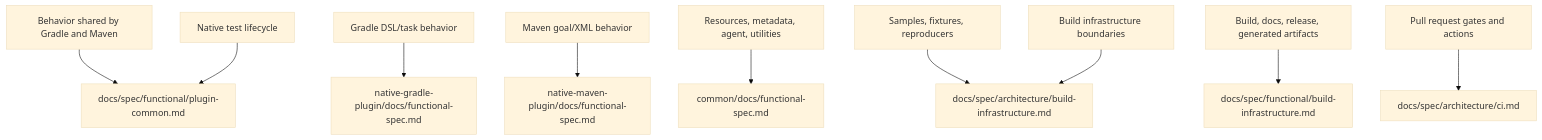
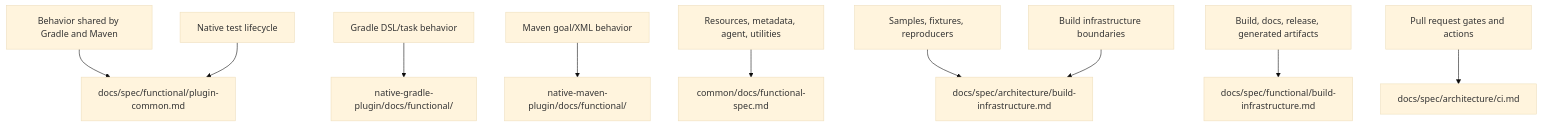
One commit to graalvm/native-build-tools changed the diagram in docs/spec/architecture/repository.md. Above: the diagram before and after it, drawn with Mermaid (base theme). The commit also changed other lines of this file and 69 other files, not shown here.

Commit message:
Split plugin functional specs by behavior

````diff
--- a/docs/spec/architecture/repository.md
+++ b/docs/spec/architecture/repository.md
@@ -38,12 +38,12 @@
 ```mermaid
 flowchart TD
     SharedBehavior["Behavior shared by Gradle and Maven"] --> PluginCommon["docs/spec/functional/plugin-common.md"]
-    GradleBehavior["Gradle DSL/task behavior"] --> GradleSpec["native-gradle-plugin/docs/functional-spec.md"]
-    MavenBehavior["Maven goal/XML behavior"] --> MavenSpec["native-maven-plugin/docs/functional-spec.md"]
+    GradleBehavior["Gradle DSL/task behavior"] --> GradleSpec["native-gradle-plugin/docs/functional/"]
+    MavenBehavior["Maven goal/XML behavior"] --> MavenSpec["native-maven-plugin/docs/functional/"]
     CommonBehavior["Resources, metadata, agent, utilities"] --> CommonSpec["common/docs/functional-spec.md"]
     NativeTests["Native test lifecycle"] --> PluginCommon["docs/spec/functional/plugin-common.md"]
     Fixtures["Samples, fixtures, reproducers"] --> BuildArch["docs/spec/architecture/build-infrastructure.md"]
     BuildInfraStructure["Build infrastructure boundaries"] --> BuildArch["docs/spec/architecture/build-infrastructure.md"]
     BuildInfraBehavior["Build, docs, release, generated artifacts"] --> BuildSpec["docs/spec/functional/build-infrastructure.md"]
     CIWork["Pull request gates and actions"] --> CISpec["docs/spec/architecture/ci.md"]
 ```
````
